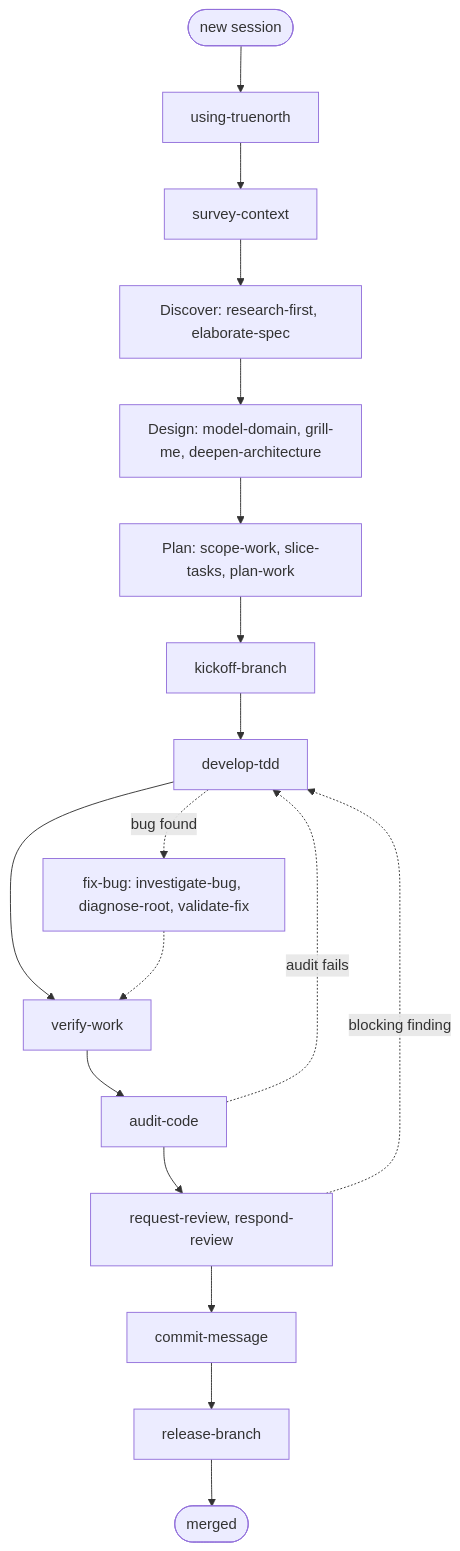
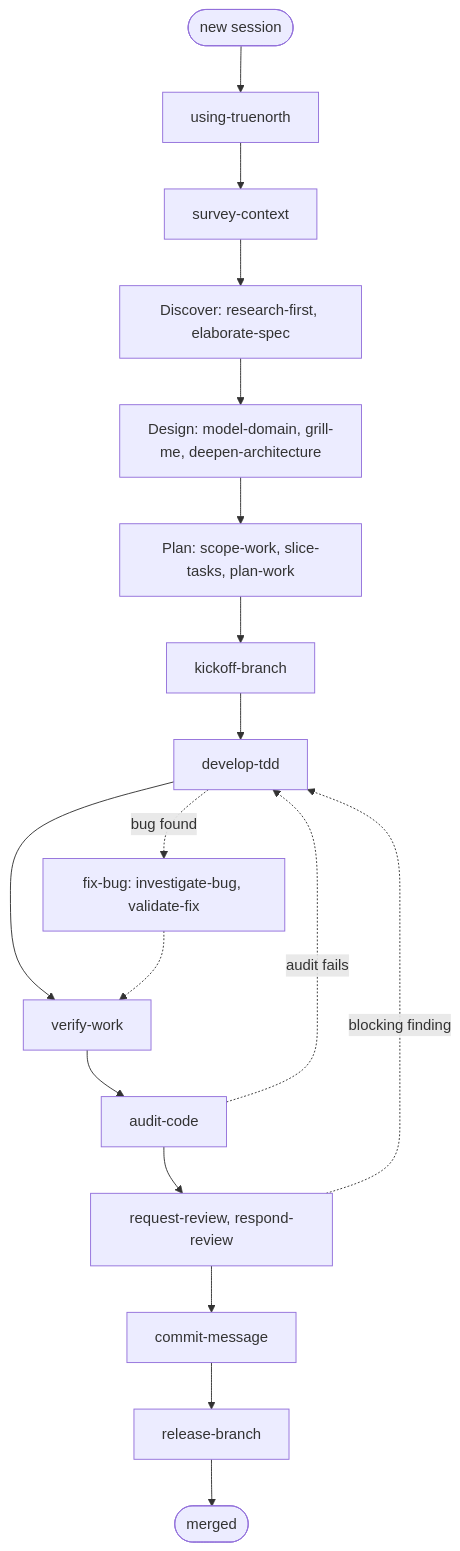
Before and after one commit to vixygrey/truenorth-mcp: the diagram in wiki/The-skill-workflow.md, drawn with Mermaid. The commit also changed other lines of this file and 22 other files, not shown here.

````diff
--- a/wiki/The-skill-workflow.md
+++ b/wiki/The-skill-workflow.md
@@ -36,21 +36,21 @@
 ```mermaid
 flowchart TD
     Start([new session]) --> UT[using-truenorth]
     UT --> SC[survey-context]
     SC --> Discover[Discover: research-first, elaborate-spec]
     Discover --> Design[Design: model-domain, grill-me, deepen-architecture]
     Design --> Plan[Plan: scope-work, slice-tasks, plan-work]
     Plan --> Kickoff[kickoff-branch]
     Kickoff --> TDD[develop-tdd]
     TDD --> Verify[verify-work]
     Verify --> Audit[audit-code]
     Audit --> Review[request-review, respond-review]
     Review --> Commit[commit-message]
     Commit --> Release[release-branch]
     Release --> Done([merged])
 
-    TDD -.bug found.-> FixBug[fix-bug: investigate-bug, diagnose-root, validate-fix]
+    TDD -.bug found.-> FixBug[fix-bug: investigate-bug, validate-fix]
     FixBug -.-> Verify
     Audit -.audit fails.-> TDD
     Review -.blocking finding.-> TDD
 ```
````
